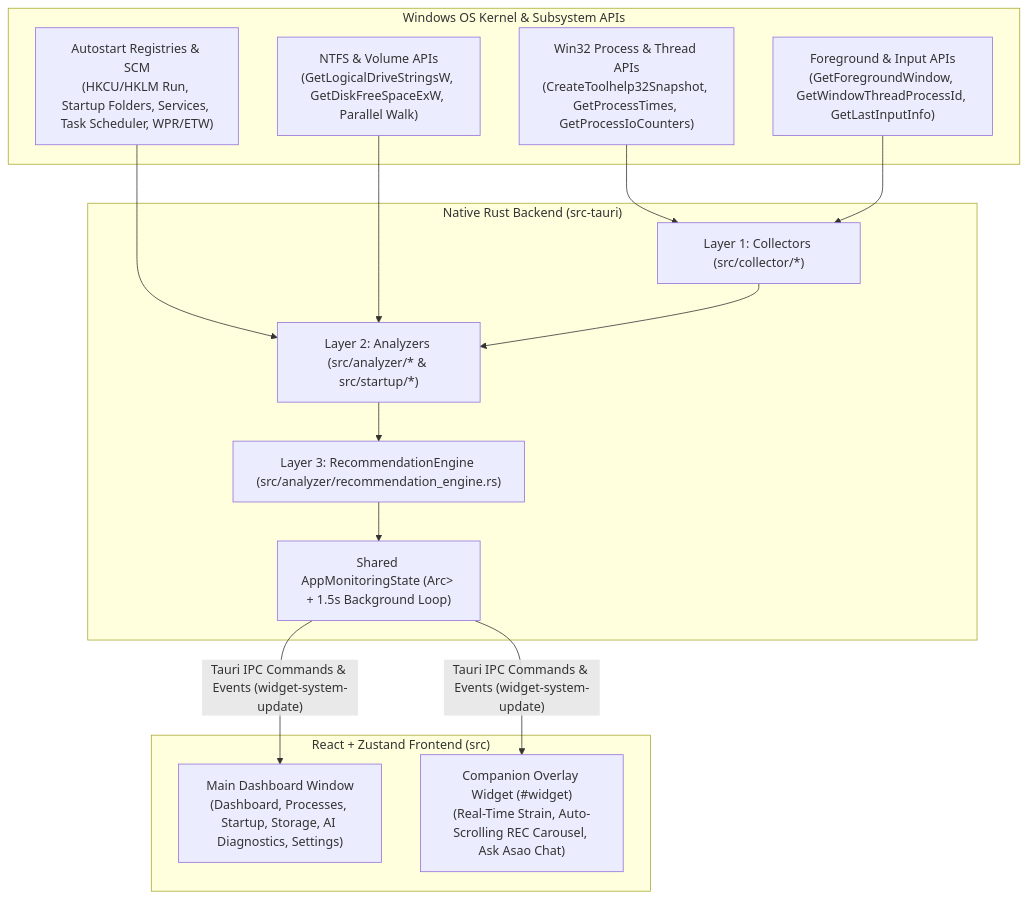
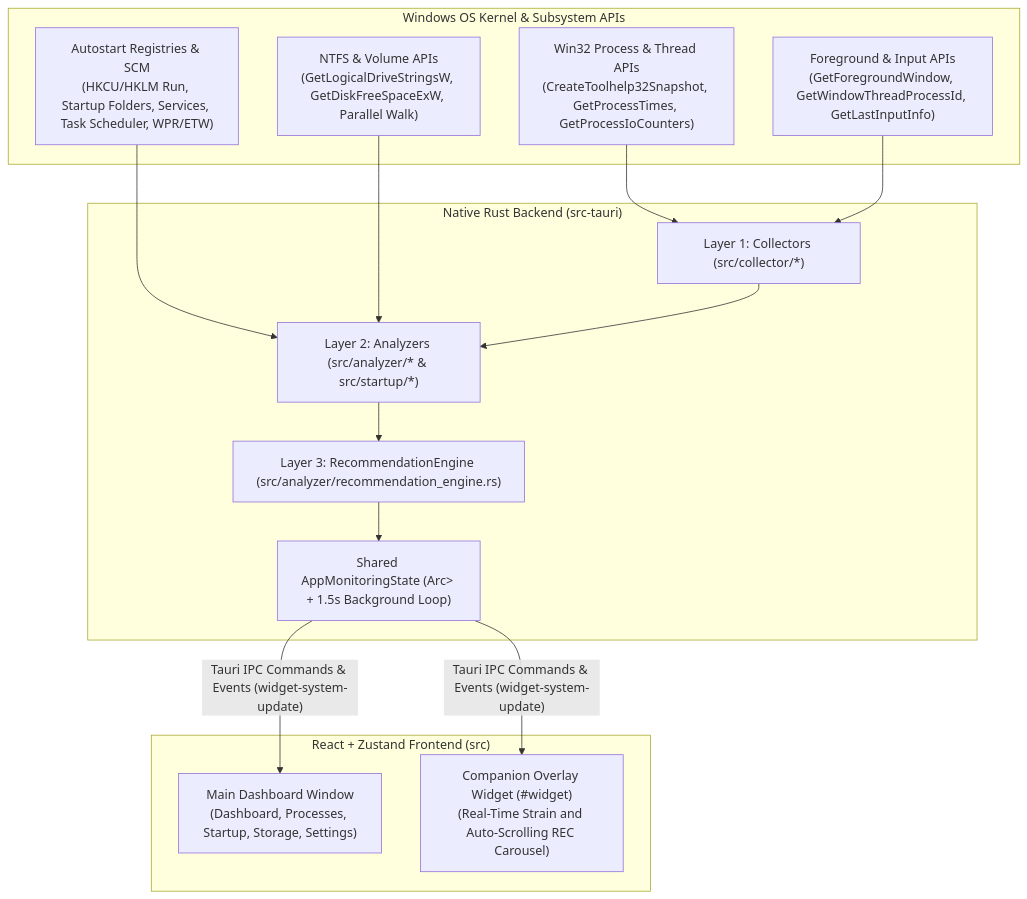
The first of 2 diagrams in ARCHITECTURE_AND_ENGINE.md (CodeForFun7/ASAO), drawn with Mermaid before and after one commit. The commit also changed other lines of this file and 46 other files, not shown here.

````diff
--- a/ARCHITECTURE_AND_ENGINE.md
+++ b/ARCHITECTURE_AND_ENGINE.md
@@ -15,28 +15,28 @@
 ```mermaid
 flowchart TD
     subgraph Win32["Windows OS Kernel & Subsystem APIs"]
         K1["Win32 Process & Thread APIs\n(CreateToolhelp32Snapshot, GetProcessTimes, GetProcessIoCounters)"]
         K2["Foreground & Input APIs\n(GetForegroundWindow, GetWindowThreadProcessId, GetLastInputInfo)"]
         K3["Autostart Registries & SCM\n(HKCU/HKLM Run, Startup Folders, Services, Task Scheduler, WPR/ETW)"]
         K4["NTFS & Volume APIs\n(GetLogicalDriveStringsW, GetDiskFreeSpaceExW, Parallel Walk)"]
     end
 
     subgraph RustBackend["Native Rust Backend (src-tauri)"]
         C["Layer 1: Collectors (src/collector/*)"]
         A["Layer 2: Analyzers (src/analyzer/* & src/startup/*)"]
         R["Layer 3: RecommendationEngine (src/analyzer/recommendation_engine.rs)"]
         S["Shared AppMonitoringState (Arc<Mutex<...>> + 1.5s Background Loop)"]
     end
 
     subgraph Frontend["React + Zustand Frontend (src)"]
-        M["Main Dashboard Window\n(Dashboard, Processes, Startup, Storage, AI Diagnostics, Settings)"]
-        W["Companion Overlay Widget (#widget)\n(Real-Time Strain, Auto-Scrolling REC Carousel, Ask Asao Chat)"]
+        M["Main Dashboard Window\n(Dashboard, Processes, Startup, Storage, Settings)"]
+        W["Companion Overlay Widget (#widget)\n(Real-Time Strain and Auto-Scrolling REC Carousel)"]
     end
 
     K1 & K2 --> C
     K3 & K4 --> A
     C --> A
     A --> R
     R --> S
     S -- "Tauri IPC Commands & Events (widget-system-update)" --> M & W
 ```
````
